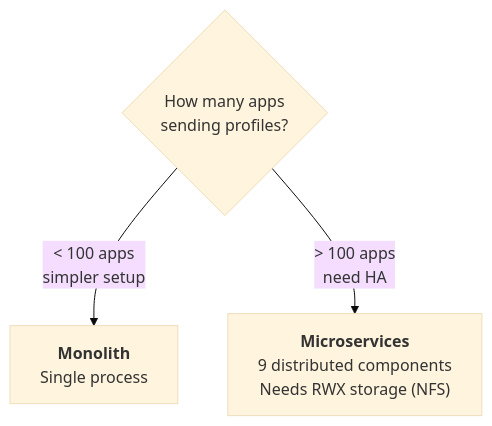
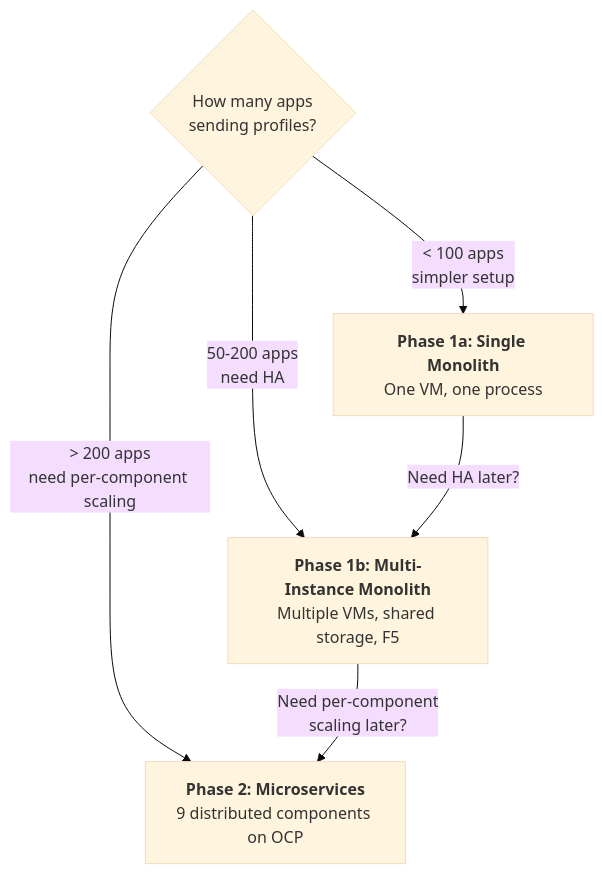
The second of 15 diagrams in docs/deployment-guide.md (aff0gat000/pyroscope), drawn with Mermaid (base theme) before and after one commit. The commit also changed other lines of this file and 3 other files, not shown here.

First line of the commit message:
Add multi-instance monolith deployment mode (Phase 1b) across all docs

````diff
--- a/docs/deployment-guide.md
+++ b/docs/deployment-guide.md
@@ -45,5 +45,9 @@
 ```mermaid
 graph TD
-    A{How many apps<br/>sending profiles?} -->|"< 100 apps<br/>simpler setup"| B["<b>Monolith</b><br/>Single process"]
-    A -->|"> 100 apps<br/>need HA"| C["<b>Microservices</b><br/>9 distributed components<br/>Needs RWX storage (NFS)"]
+    A{How many apps<br/>sending profiles?} -->|"< 100 apps<br/>simpler setup"| B["<b>Phase 1a: Single Monolith</b><br/>One VM, one process"]
+    A -->|"50-200 apps<br/>need HA"| D["<b>Phase 1b: Multi-Instance Monolith</b><br/>Multiple VMs, shared storage, F5"]
+    A -->|"> 200 apps<br/>need per-component scaling"| C["<b>Phase 2: Microservices</b><br/>9 distributed components on OCP"]
+
+    B -->|"Need HA later?"| D
+    D -->|"Need per-component<br/>scaling later?"| C
 ```
````
